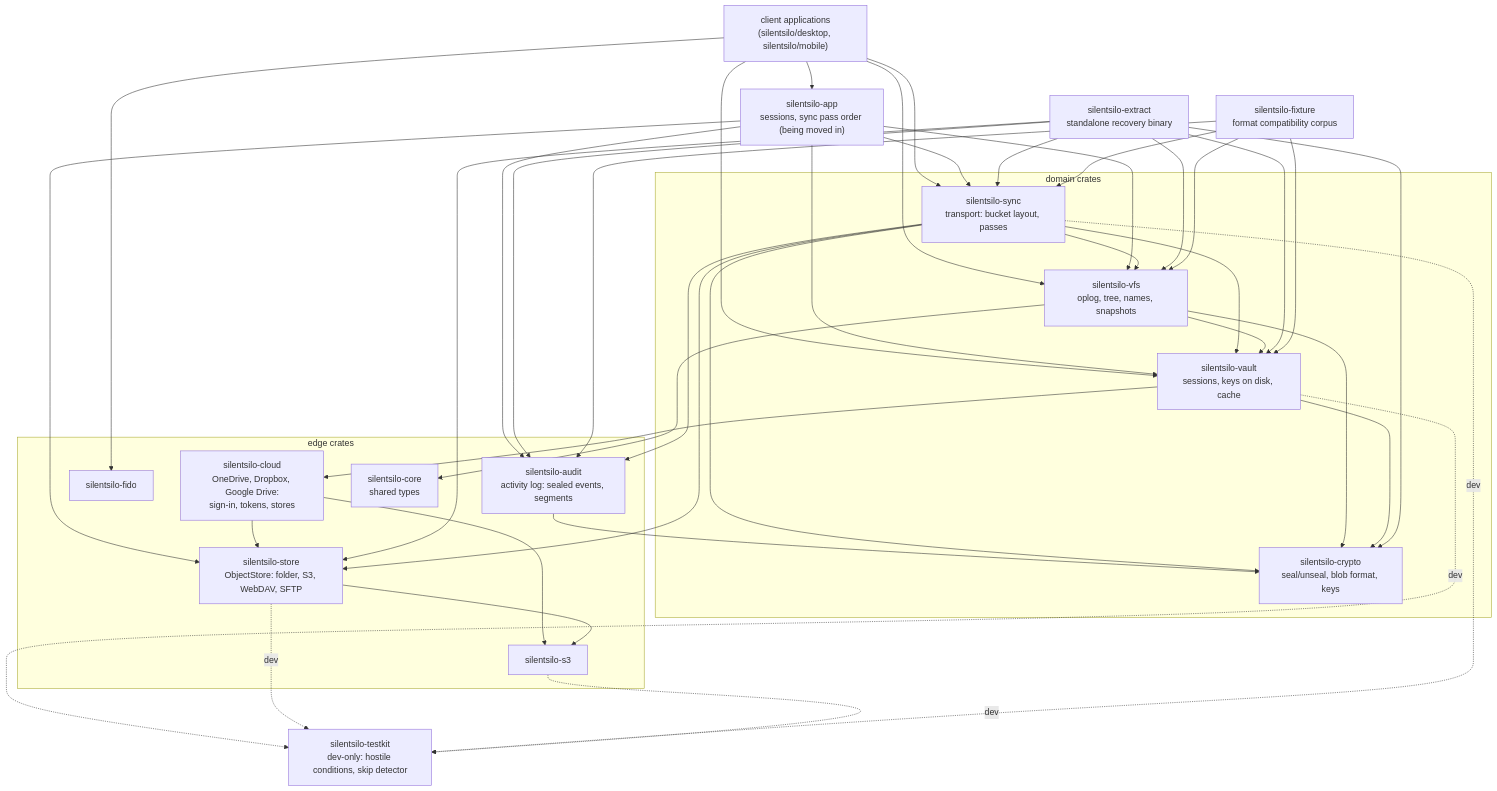
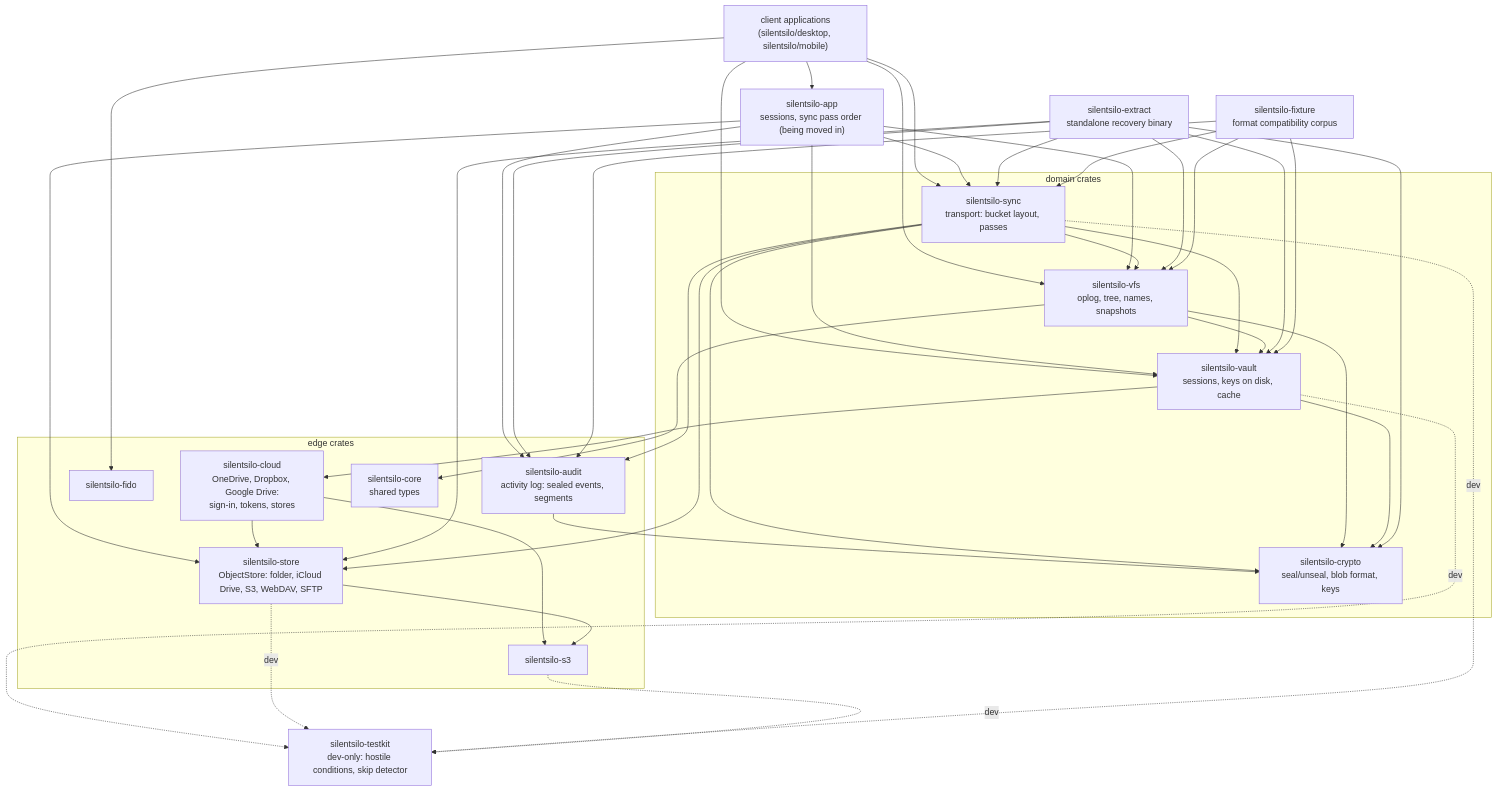
The first of 4 diagrams in docs/ARCHITECTURE.md (silentsilo/core), drawn with Mermaid before and after one commit. The commit also changed other lines of this file and 9 other files, not shown here.

First line of the commit message:
v1.10.0-beta.8: iCloud Drive as backup storage

````diff
--- a/docs/ARCHITECTURE.md
+++ b/docs/ARCHITECTURE.md
@@ -34,34 +34,34 @@
 ```mermaid
 flowchart TD
     subgraph domain["domain crates"]
         VFS["silentsilo-vfs<br/>oplog, tree, names, snapshots"]
         VAULT["silentsilo-vault<br/>sessions, keys on disk, cache"]
         SYNC["silentsilo-sync<br/>transport: bucket layout, passes"]
         CRYPTO["silentsilo-crypto<br/>seal/unseal, blob format, keys"]
     end
     subgraph edge["edge crates"]
-        STORE["silentsilo-store<br/>ObjectStore: folder, S3, WebDAV, SFTP"]
+        STORE["silentsilo-store<br/>ObjectStore: folder, iCloud Drive, S3, WebDAV, SFTP"]
         CLOUD["silentsilo-cloud<br/>OneDrive, Dropbox, Google Drive:<br/>sign-in, tokens, stores"]
         S3C["silentsilo-s3"]
         FIDO["silentsilo-fido"]
         AUDIT["silentsilo-audit<br/>activity log: sealed events, segments"]
         CORE["silentsilo-core<br/>shared types"]
     end
     APP["silentsilo-app<br/>sessions, sync pass order (being moved in)"]
     EXTRACT["silentsilo-extract<br/>standalone recovery binary"]
     FIXTURE["silentsilo-fixture<br/>format compatibility corpus"]
     TESTKIT["silentsilo-testkit<br/>dev-only: hostile conditions, skip detector"]
     CLIENT["client applications<br/>(silentsilo/desktop, silentsilo/mobile)"]
 
     CLIENT --> APP & VFS & VAULT & SYNC & FIDO
     APP --> SYNC & VFS & VAULT & STORE & AUDIT
     SYNC --> VFS & VAULT & CRYPTO & STORE & AUDIT
     AUDIT --> CRYPTO
     VFS --> VAULT & CRYPTO & CORE
     VAULT --> CRYPTO & CLOUD
     CLOUD --> STORE & S3C
     STORE --> S3C
     EXTRACT --> SYNC & VFS & VAULT & CRYPTO & STORE & AUDIT
     FIXTURE --> SYNC & VFS & VAULT & AUDIT
     VAULT & STORE & SYNC & S3C -.dev.-> TESTKIT
 ```
````
